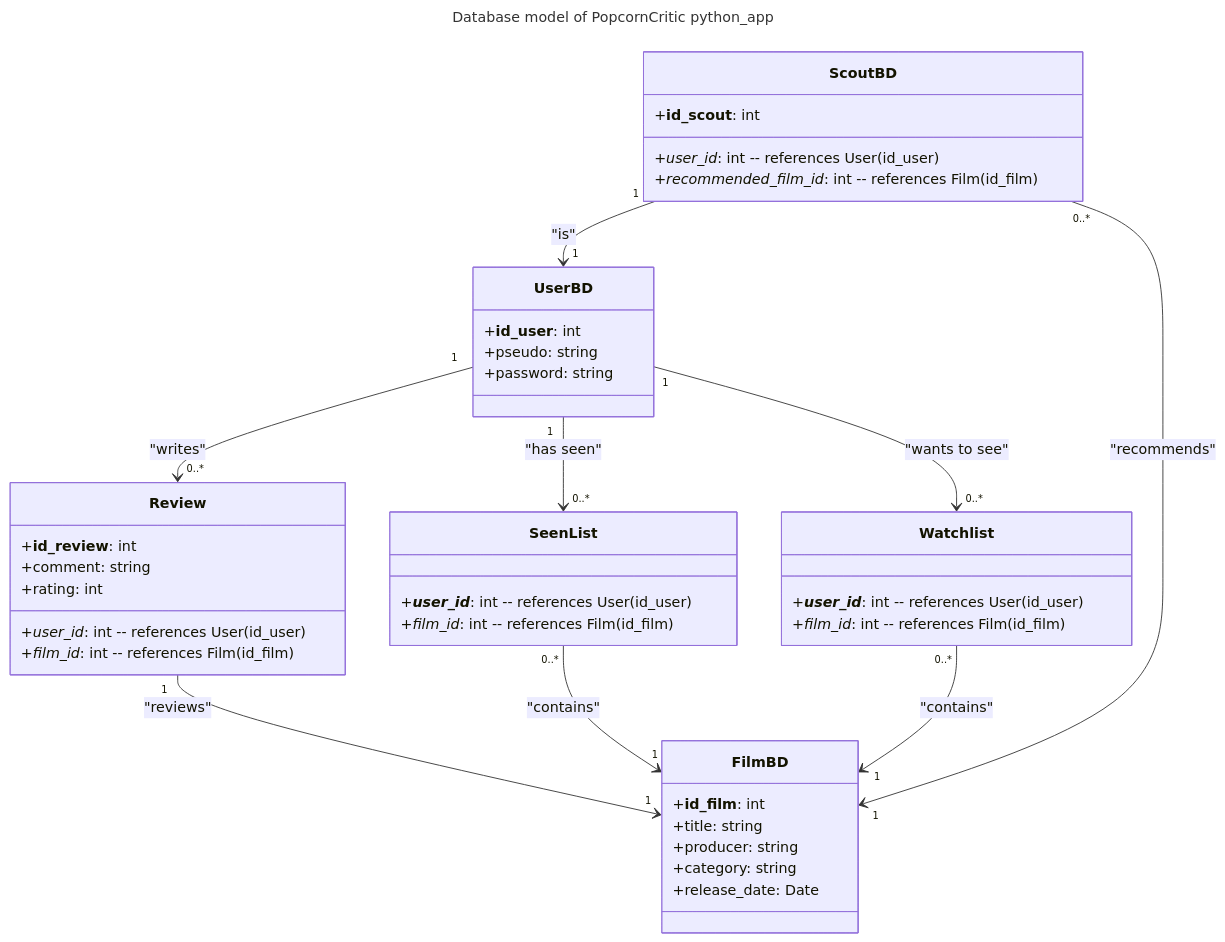
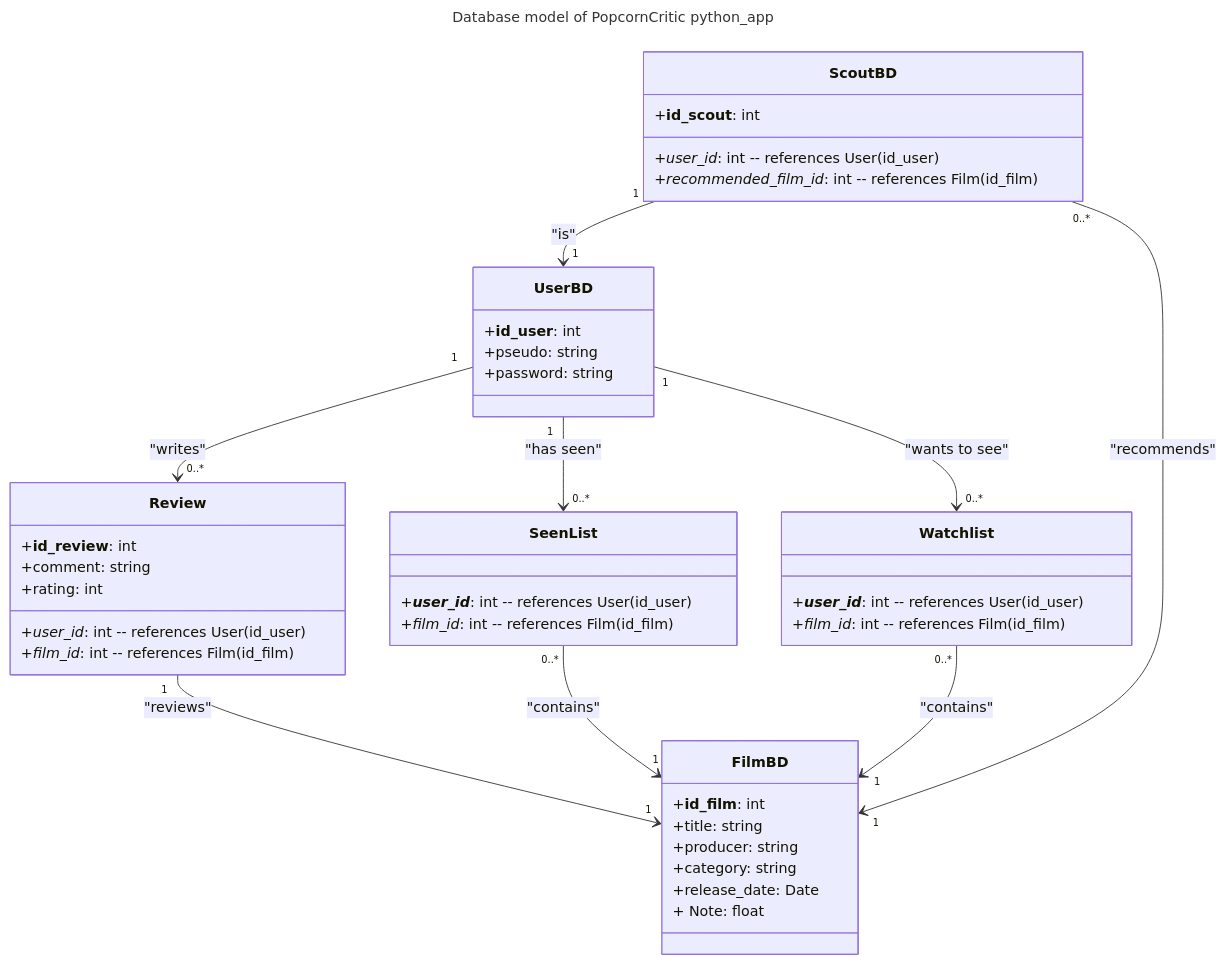
Before and after one commit to melanielacour/Projet2A_Template: the diagram in src/Model_database.md, drawn with Mermaid.

````diff
--- a/src/Model_database.md
+++ b/src/Model_database.md
@@ -3,59 +3,60 @@
 ```mermaid
 ---
 title: Database model of PopcornCritic python_app
 ---
 
 classDiagram
     class UserBD {
         +__id_user__: int
         +pseudo: string
         +password: string
     }
 
     class FilmBD {
         +__id_film__: int
         +title: string
         +producer: string
         +category: string
         +release_date: Date
+        + Note: float
     }
 
     class Review {
         +__id_review__: int
         +comment: string
         +rating: int
         +*user_id*: int  -- references User(id_user)
         +*film_id*: int  -- references Film(id_film)
     }
 
     class ScoutBD {
         +__id_scout__: int
         +*user_id*: int  -- references User(id_user)
         +*recommended_film_id*: int  -- references Film(id_film)
     }
 
     class Watchlist {
         +__*user_id*__: int  -- references User(id_user)
         +*film_id*: int  -- references Film(id_film)
     }
 
     class SeenList {
         +__*user_id*__: int  -- references User(id_user)
         +*film_id*: int  -- references Film(id_film)
     }
 
     %% Relations avec cardinalités UML
 
     UserBD "1" --> "0..*" Review : "writes"
     UserBD "1" --> "0..*" SeenList : "has seen"
     UserBD "1" --> "0..*" Watchlist : "wants to see"
 
 
    
     Review "1" --> "1" FilmBD : "reviews"
     ScoutBD "1" --> "1" UserBD : "is"
     ScoutBD "0..*" --> "1" FilmBD : "recommends"
     SeenList "0..*" --> "1" FilmBD : "contains"
     Watchlist "0..*" --> "1" FilmBD : "contains"
 
 ```
````
